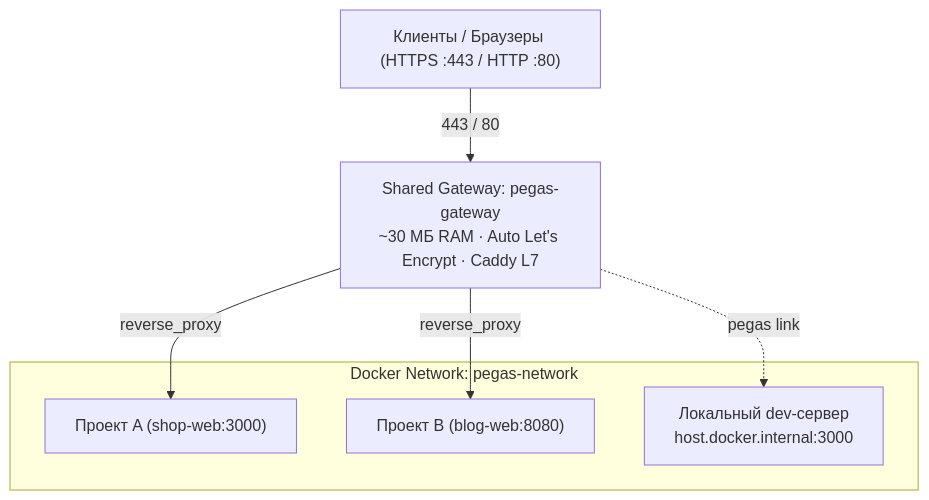
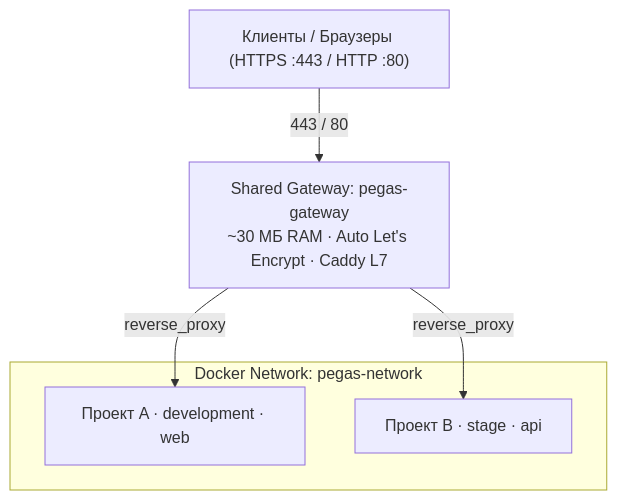
Before and after one commit to netrunner714/pegas: the diagram in README.md, drawn with Mermaid. The commit also changed other lines of this file and 70 other files, not shown here.

````diff
--- a/README.md
+++ b/README.md
@@ -20,16 +37,14 @@
 ```mermaid
 flowchart TD
     Client["Клиенты / Браузеры (HTTPS :443 / HTTP :80)"]
     Gateway["Shared Gateway: pegas-gateway<br/>~30 МБ RAM · Auto Let's Encrypt · Caddy L7"]
-    
+
     subgraph Network["Docker Network: pegas-network"]
-        AppA["Проект A (shop-web:3000)"]
-        AppB["Проект B (blog-web:8080)"]
-        LocalHost["Локальный dev-сервер<br/>host.docker.internal:3000"]
+        AppA["Проект A · development · web"]
+        AppB["Проект B · stage · api"]
     end
 
     Client -->|443 / 80| Gateway
     Gateway -->|reverse_proxy| AppA
     Gateway -->|reverse_proxy| AppB
-    Gateway -.->|pegas link| LocalHost
 ```
````
